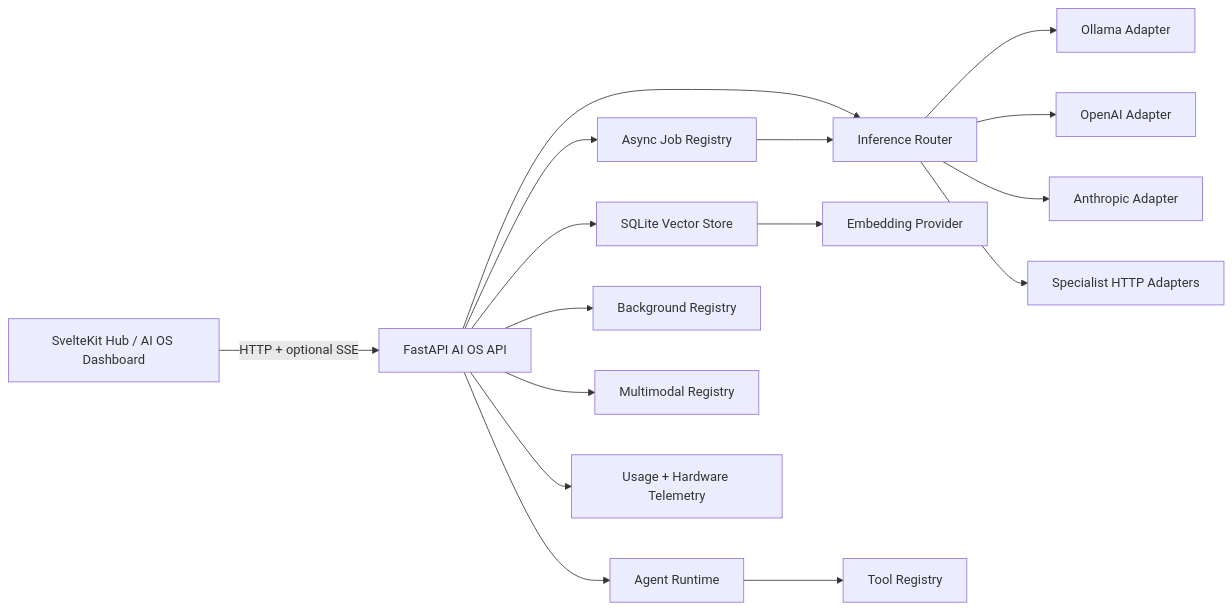
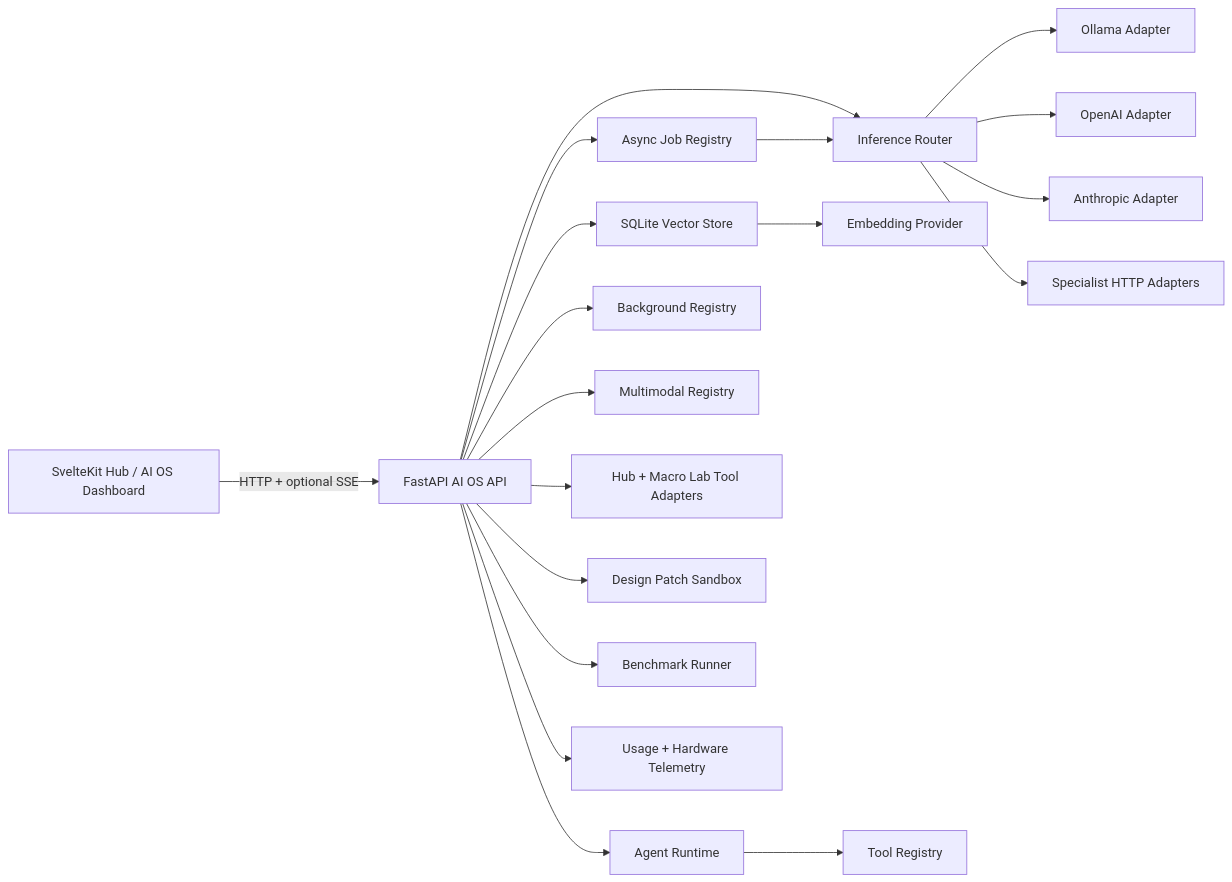
The diagram in docs/personal-ai-os-architecture.md (elc9939/testing), drawn with Mermaid before and after one commit. The commit also changed other lines of this file and 14 other files, not shown here.

````diff
--- a/docs/personal-ai-os-architecture.md
+++ b/docs/personal-ai-os-architecture.md
@@ -31,18 +31,21 @@
 ```mermaid
 flowchart LR
   Hub["SvelteKit Hub / AI OS Dashboard"] -->|"HTTP + optional SSE"| API["FastAPI AI OS API"]
   API --> Router["Inference Router"]
   Router --> Ollama["Ollama Adapter"]
   Router --> OpenAI["OpenAI Adapter"]
   Router --> Anthropic["Anthropic Adapter"]
   Router --> Specialist["Specialist HTTP Adapters"]
   API --> Jobs["Async Job Registry"]
   Jobs --> Router
   API --> Memory["SQLite Vector Store"]
   Memory --> Embed["Embedding Provider"]
   API --> Agents["Agent Runtime"]
   Agents --> Tools["Tool Registry"]
   API --> Ambient["Background Registry"]
   API --> Media["Multimodal Registry"]
+  API --> AppTools["Hub + Macro Lab Tool Adapters"]
+  API --> Design["Design Patch Sandbox"]
+  API --> Bench["Benchmark Runner"]
   API --> Telemetry["Usage + Hardware Telemetry"]
 ```
````
